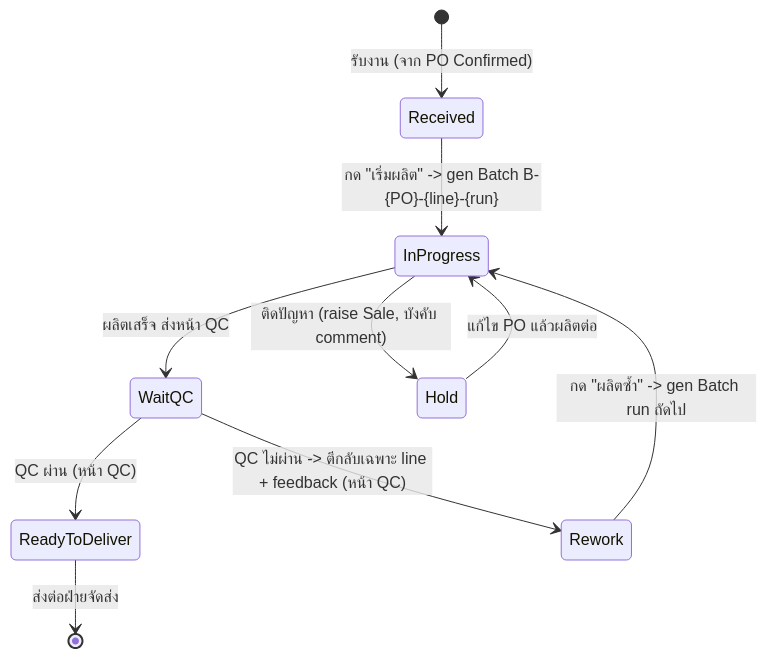
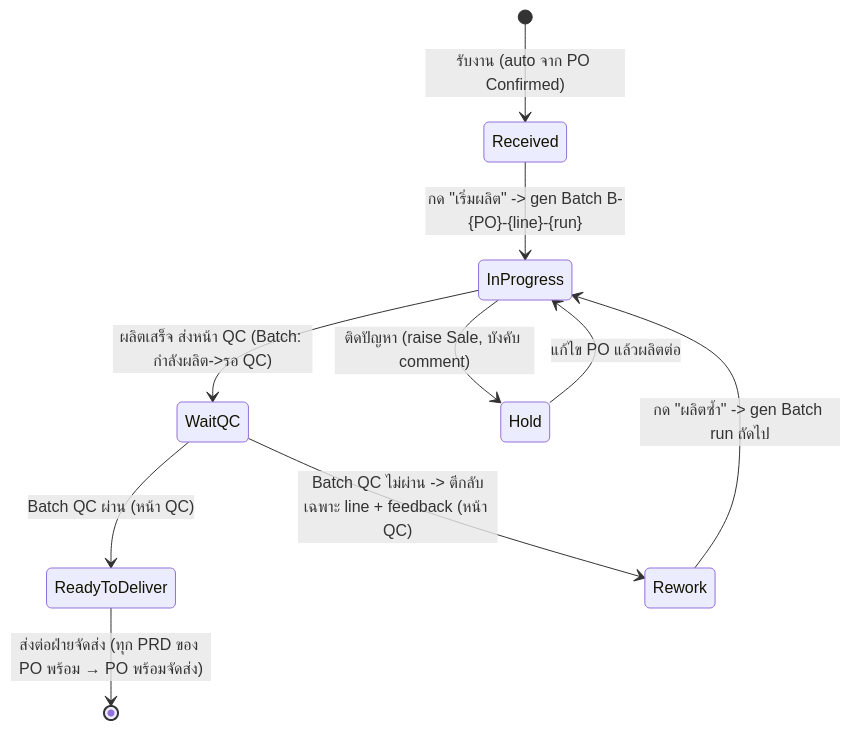
Before and after one commit to sitthi-phat/erp-cosmetics-manufacturing-module: the fourth of 7 diagrams in docs/requirements/erp-v2-ui-first/status-journeys.md, drawn with Mermaid. The commit also changed other lines of this file and 2 other files, not shown here.

````diff
--- a/docs/requirements/erp-v2-ui-first/status-journeys.md
+++ b/docs/requirements/erp-v2-ui-first/status-journeys.md
@@ -93,12 +96,12 @@
 ```mermaid
 stateDiagram-v2
-    [*] --> Received: รับงาน (จาก PO Confirmed)
+    [*] --> Received: รับงาน (auto จาก PO Confirmed)
     Received --> InProgress: กด "เริ่มผลิต" -> gen Batch B-{PO}-{line}-{run}
-    InProgress --> WaitQC: ผลิตเสร็จ ส่งหน้า QC
-    WaitQC --> ReadyToDeliver: QC ผ่าน (หน้า QC)
-    WaitQC --> Rework: QC ไม่ผ่าน -> ตีกลับเฉพาะ line + feedback (หน้า QC)
+    InProgress --> WaitQC: ผลิตเสร็จ ส่งหน้า QC (Batch: กำลังผลิต->รอ QC)
+    WaitQC --> ReadyToDeliver: Batch QC ผ่าน (หน้า QC)
+    WaitQC --> Rework: Batch QC ไม่ผ่าน -> ตีกลับเฉพาะ line + feedback (หน้า QC)
     Rework --> InProgress: กด "ผลิตซ้ำ" -> gen Batch run ถัดไป
     InProgress --> Hold: ติดปัญหา (raise Sale, บังคับ comment)
     Hold --> InProgress: แก้ไข PO แล้วผลิตต่อ
-    ReadyToDeliver --> [*]: ส่งต่อฝ่ายจัดส่ง
+    ReadyToDeliver --> [*]: ส่งต่อฝ่ายจัดส่ง (ทุก PRD ของ PO พร้อม → PO พร้อมจัดส่ง)
 ```
````
